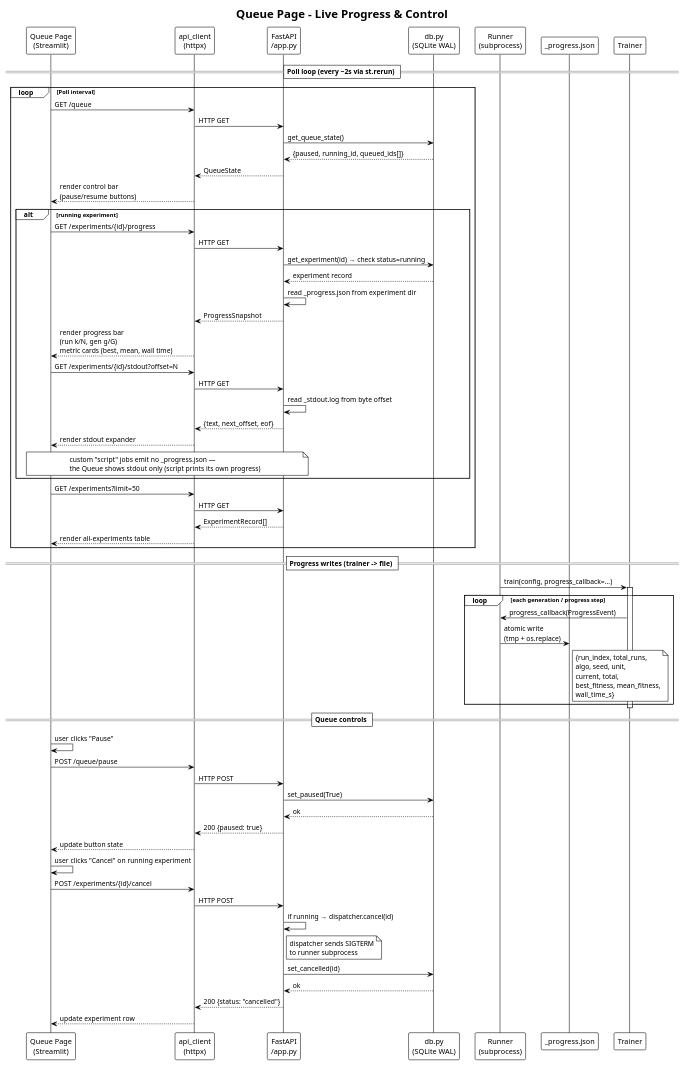
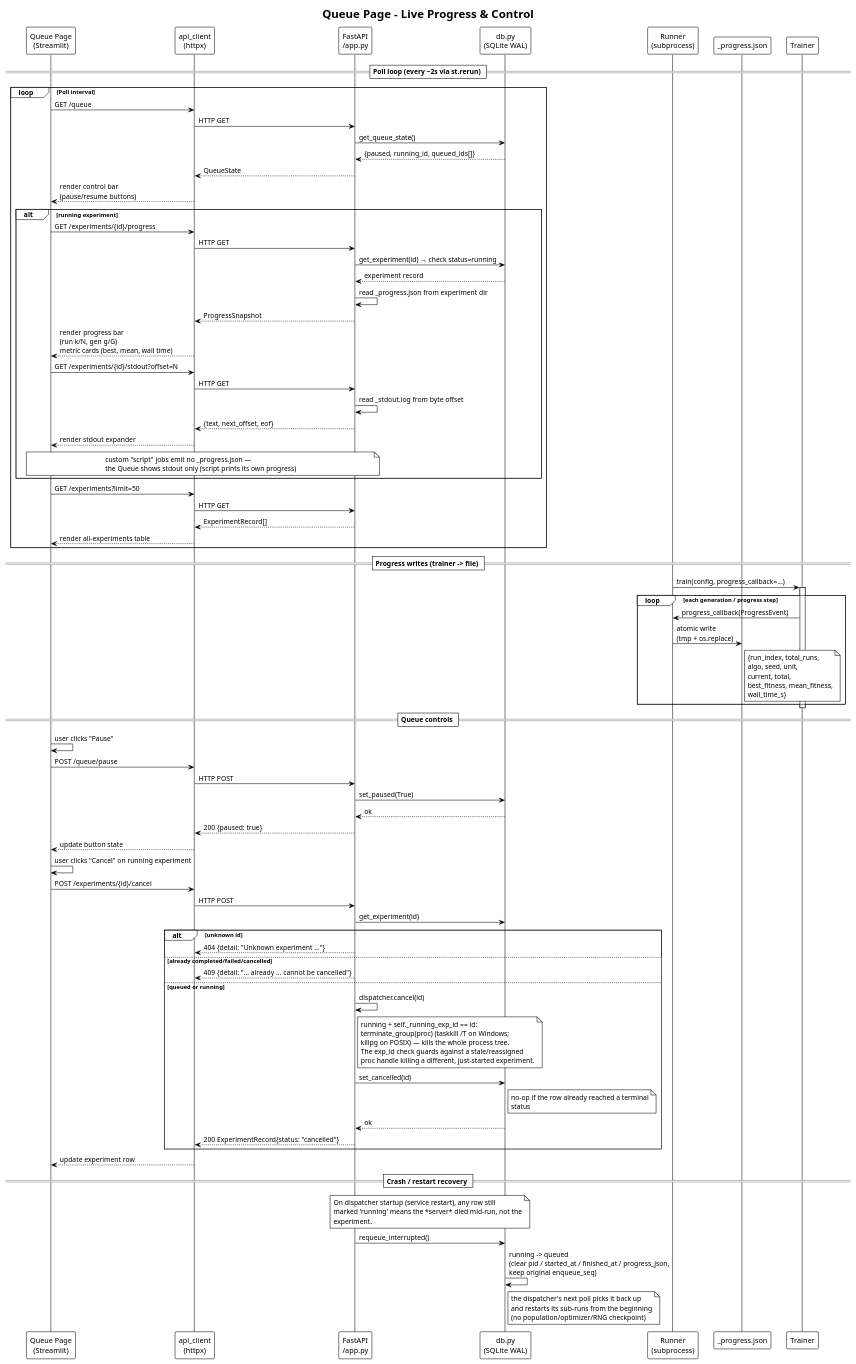
Before and after one commit to Alex180504/DEAP-Zoo-bridge: the diagram in docs/UML/sequence_queue_progress.puml, drawn with PlantUML. The commit also changed 9 other files, not shown here.

```diff
--- a/docs/UML/sequence_queue_progress.puml
+++ b/docs/UML/sequence_queue_progress.puml
@@ -1,73 +1,87 @@
 @startuml sequence_queue_progress
 !theme plain
 title Queue Page – Live Progress & Control
 
 participant "Queue Page\n(Streamlit)" as QP
 participant "api_client\n(httpx)" as Client
 participant "FastAPI\n/app.py" as API
 participant "db.py\n(SQLite WAL)" as DB
 participant "Runner\n(subprocess)" as Runner
 participant "_progress.json" as Prog
 
 == Poll loop (every ~2s via st.rerun) ==
 loop Poll interval
     QP -> Client: GET /queue
     Client -> API: HTTP GET
     API -> DB: get_queue_state()
     DB --> API: {paused, running_id, queued_ids[]}
     API --> Client: QueueState
     Client --> QP: render control bar\n(pause/resume buttons)
 
     alt running experiment
         QP -> Client: GET /experiments/{id}/progress
         Client -> API: HTTP GET
         API -> DB: get_experiment(id) → check status=running
         DB --> API: experiment record
         API -> API: read _progress.json from experiment dir
         API --> Client: ProgressSnapshot
         Client --> QP: render progress bar\n(run k/N, gen g/G)\nmetric cards (best, mean, wall time)
 
         QP -> Client: GET /experiments/{id}/stdout?offset=N
         Client -> API: HTTP GET
         API -> API: read _stdout.log from byte offset
         API --> Client: {text, next_offset, eof}
         Client --> QP: render stdout expander
         note over QP, API: custom "script" jobs emit no _progress.json —\nthe Queue shows stdout only (script prints its own progress)
     end
 
     QP -> Client: GET /experiments?limit=50
     Client -> API: HTTP GET
     API --> Client: ExperimentRecord[]
     Client --> QP: render all-experiments table
 end
 
 == Progress writes (trainer -> file) ==
 Runner -> Trainer: train(config, progress_callback=...)
 activate Trainer
 loop each generation / progress step
     Trainer -> Runner: progress_callback(ProgressEvent)
     Runner -> Prog: atomic write\n(tmp + os.replace)
     note right of Prog: {run_index, total_runs,\nalgo, seed, unit,\ncurrent, total,\nbest_fitness, mean_fitness,\nwall_time_s}
 end
 deactivate Trainer
 
 == Queue controls ==
 QP -> QP: user clicks "Pause"
 QP -> Client: POST /queue/pause
 Client -> API: HTTP POST
 API -> DB: set_paused(True)
 DB --> API: ok
 API --> Client: 200 {paused: true}
 Client --> QP: update button state
 
 QP -> QP: user clicks "Cancel" on running experiment
 QP -> Client: POST /experiments/{id}/cancel
 Client -> API: HTTP POST
-API -> API: if running → dispatcher.cancel(id)
-note right of API: dispatcher sends SIGTERM\nto runner subprocess
-API -> DB: set_cancelled(id)
-DB --> API: ok
-API --> Client: 200 {status: "cancelled"}
+API -> DB: get_experiment(id)
+alt unknown id
+    API --> Client: 404 {detail: "Unknown experiment ..."}
+else already completed/failed/cancelled
+    API --> Client: 409 {detail: "... already ... cannot be cancelled"}
+else queued or running
+    API -> API: dispatcher.cancel(id)
+    note right of API: running + self._running_exp_id == id:\nterminate_group(proc) (taskkill /T on Windows;\nkillpg on POSIX) — kills the whole process tree.\nThe exp_id check guards against a stale/reassigned\nproc handle killing a different, just-started experiment.
+    API -> DB: set_cancelled(id)
+    note right of DB: no-op if the row already reached a terminal\nstatus
+    DB --> API: ok
+    API --> Client: 200 ExperimentRecord{status: "cancelled"}
+end
 Client --> QP: update experiment row
 
+== Crash / restart recovery ==
+note over API, DB: On dispatcher startup (service restart), any row still\nmarked 'running' means the *server* died mid-run, not the\nexperiment.
+API -> DB: requeue_interrupted()
+DB -> DB: running -> queued\n(clear pid / started_at / finished_at / progress_json,\nkeep original enqueue_seq)
+note right of DB: the dispatcher's next poll picks it back up\nand restarts its sub-runs from the beginning\n(no population/optimizer/RNG checkpoint)
+
 @enduml
```
